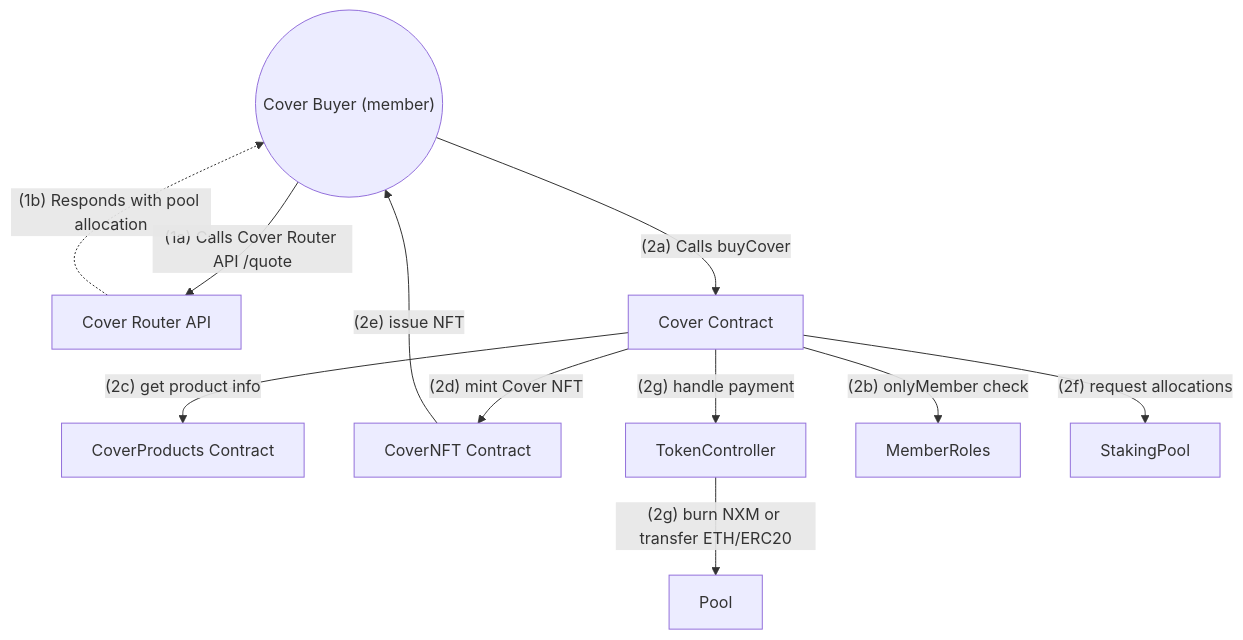
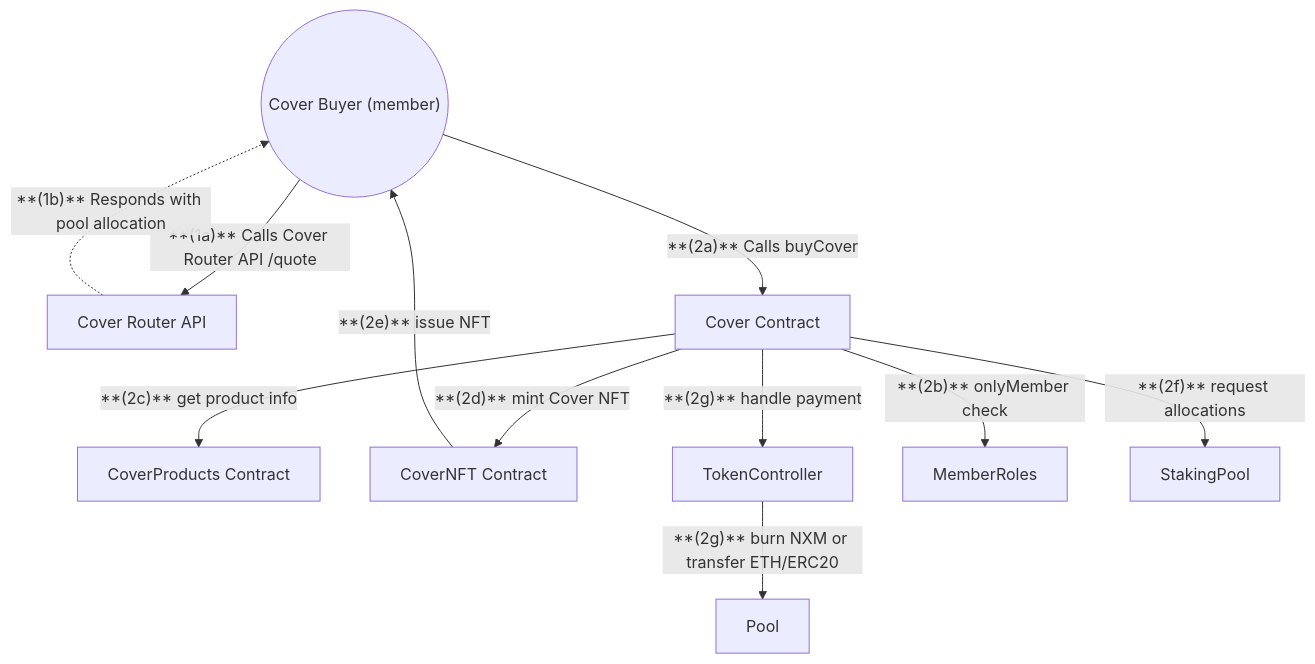
Before and after one commit to NexusMutual/smart-contracts: the first of 2 diagrams in docs/diagrams/user-flows/cover-buyer.md, drawn with Mermaid. The commit also changed other lines of this file and 9 other files, not shown here.

Commit message:
docs: update diagrams docs

````diff
--- a/docs/diagrams/user-flows/cover-buyer.md
+++ b/docs/diagrams/user-flows/cover-buyer.md
@@ -5,27 +5,27 @@
 ```mermaid
 graph TD
     %% Users
     Member(("Cover Buyer (member)"))
 
     %% Contracts
     CoverRouter["Cover Router API"]
     Cover["Cover Contract"]
     CoverProducts["CoverProducts Contract"]
     CoverNFT["CoverNFT Contract"]
     TokenController["TokenController"]
     Pool["Pool"]
 
     %% Getting a Cover Quote
-    Member -->|"(1a) Calls Cover Router API /quote"| CoverRouter
-    CoverRouter -.->|"(1b) Responds with pool allocation"| Member
+    Member -->|"**(1a)** Calls Cover Router API /quote"| CoverRouter
+    CoverRouter -.->|"**(1b)** Responds with pool allocation"| Member
 
     %% Buying Cover
-    Member -->|"(2a) Calls buyCover"| Cover
-    Cover -->|"(2b) onlyMember check"| MemberRoles
-    Cover -->|"(2c) get product info"| CoverProducts
-    Cover -->|"(2d) mint Cover NFT"| CoverNFT
-    CoverNFT -->|"(2e) issue NFT"| Member
-    Cover -->|"(2f) request allocations"| StakingPool
-    Cover -->|"(2g) handle payment"| TokenController
-    TokenController -->|"(2g) burn NXM or transfer ETH/ERC20"| Pool
+    Member -->|"**(2a)** Calls buyCover"| Cover
+    Cover -->|"**(2b)** onlyMember check"| MemberRoles
+    Cover -->|"**(2c)** get product info"| CoverProducts
+    Cover -->|"**(2d)** mint Cover NFT"| CoverNFT
+    CoverNFT -->|"**(2e)** issue NFT"| Member
+    Cover -->|"**(2f)** request allocations"| StakingPool
+    Cover -->|"**(2g)** handle payment"| TokenController
+    TokenController -->|"**(2g)** burn NXM or transfer ETH/ERC20"| Pool
 ```
````
